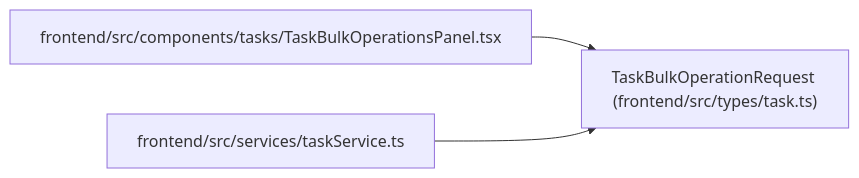
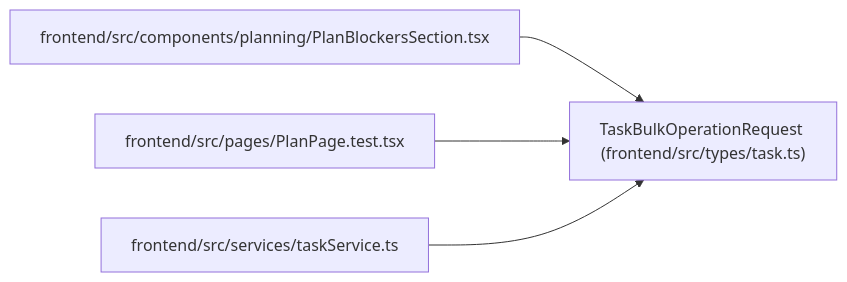
One commit to Denissvgn/WorkChord changed the diagram in docs/llm_wiki/entities/types_task_TaskBulkOperationRequest.md. Above: the diagram before and after it, drawn with Mermaid. The commit also changed other lines of this file and 2373 other files, not shown here.

````diff
--- a/docs/llm_wiki/entities/types_task_TaskBulkOperationRequest.md
+++ b/docs/llm_wiki/entities/types_task_TaskBulkOperationRequest.md
@@ -30,11 +30,14 @@
 ```mermaid
 flowchart LR
     n0["TaskBulkOperationRequest (frontend/src/types/task.ts)"]
-    n1["frontend/src/components/tasks/TaskBulkOperationsPanel.tsx"]
-    n2["frontend/src/services/taskService.ts"]
+    n1["frontend/src/components/planning/PlanBlockersSection.tsx"]
+    n2["frontend/src/pages/PlanPage.test.tsx"]
+    n3["frontend/src/services/taskService.ts"]
     n1 --> n0
     n2 --> n0
+    n3 --> n0
     click n0 "../modules/types_task.md"
-    click n1 "../modules/TaskBulkOperationsPanel.md"
-    click n2 "../modules/taskService.md"
+    click n1 "../modules/PlanBlockersSection.md"
+    click n2 "../modules/PlanPage.test.md"
+    click n3 "../modules/taskService.md"
 ```
````
